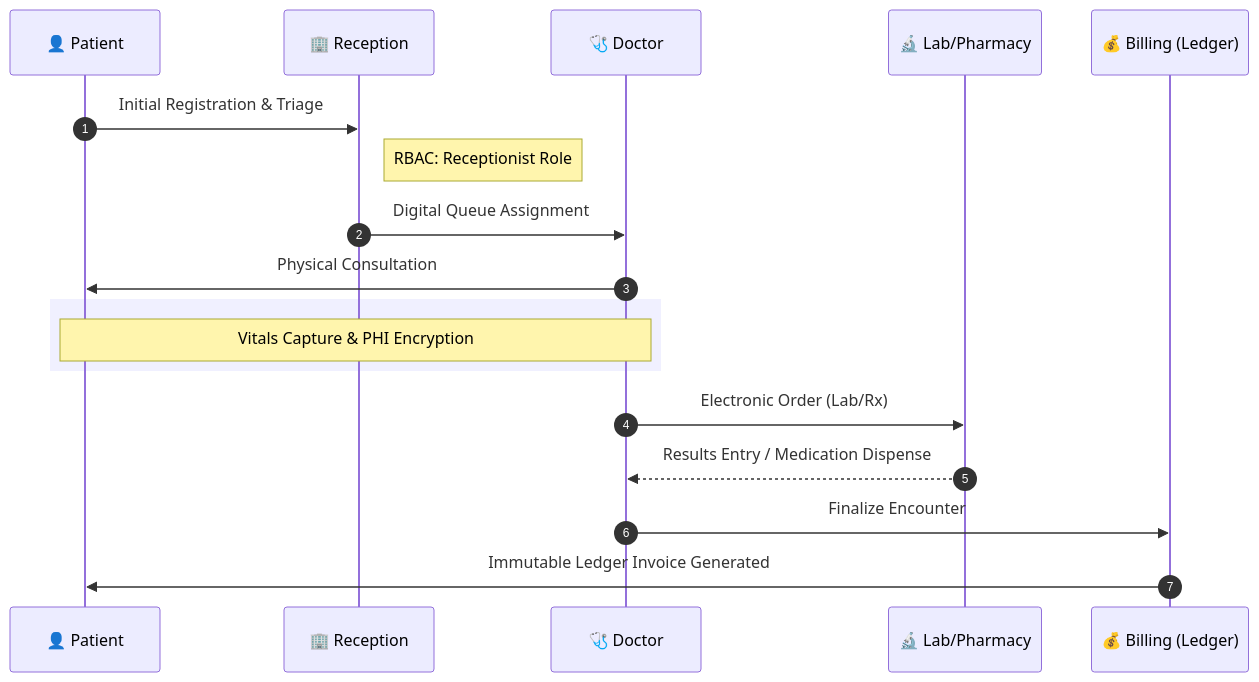
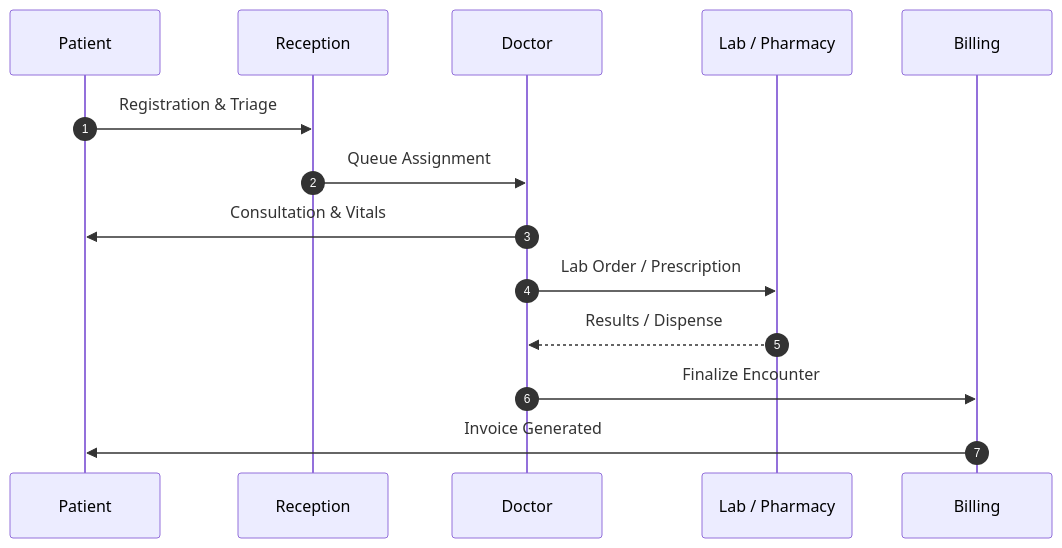
Before and after one commit to neoastra303/Remedium-HMS: the second of 3 diagrams in README.md, drawn with Mermaid. The commit also changed other lines of this file and 1 other file, not shown here.

````diff
--- a/README.md
+++ b/README.md
@@ -85,21 +130,17 @@
 ```mermaid
 sequenceDiagram
     autonumber
-    participant P as 👤 Patient
-    participant R as 🏢 Reception
-    participant D as 🩺 Doctor
-    participant L as 🔬 Lab/Pharmacy
-    participant B as 💰 Billing (Ledger)
+    participant P as Patient
+    participant R as Reception
+    participant D as Doctor
+    participant L as Lab / Pharmacy
+    participant B as Billing
 
-    P->>R: Initial Registration & Triage
-    Note right of R: RBAC: Receptionist Role
-    R->>D: Digital Queue Assignment
-    D->>P: Physical Consultation
-    rect rgb(240, 240, 255)
-        Note over D,P: Vitals Capture & PHI Encryption
-    end
-    D->>L: Electronic Order (Lab/Rx)
-    L-->>D: Results Entry / Medication Dispense
+    P->>R: Registration & Triage
+    R->>D: Queue Assignment
+    D->>P: Consultation & Vitals
+    D->>L: Lab Order / Prescription
+    L-->>D: Results / Dispense
     D->>B: Finalize Encounter
-    B->>P: Immutable Ledger Invoice Generated
+    B->>P: Invoice Generated
 ```
````
